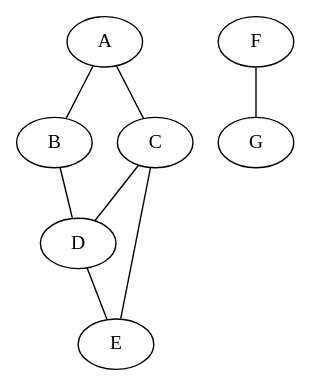
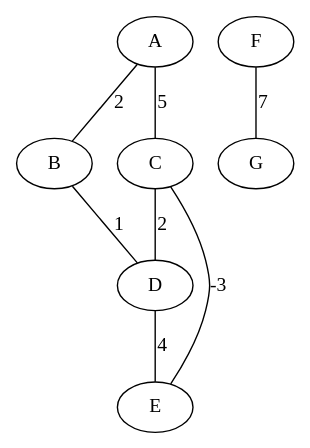
One commit to HtmLuc/trabalho2-grafos changed the diagram in src/main/resources/samples/undirected_graph.gv. Above: the diagram before and after it, drawn with Graphviz. The commit also changed 1 other file, not shown here.

```diff
--- a/src/main/resources/samples/undirected_graph.gv
+++ b/src/main/resources/samples/undirected_graph.gv
@@ -1,9 +1,9 @@
 graph G {
-    A -- B;
-    A -- C;
-    B -- D;
-    C -- D;
-    C -- E;
-    D -- E;
-    F -- G;
+    A -- B [weight=2,   label=2]
+    A -- C [weight=5, label=5]
+    B -- D [weight=1,   label=1]
+    C -- D [weight=2,   label=2]
+    C -- E [weight=-3,  label="-3"]
+    D -- E [weight=4,   label=4]
+    F -- G [weight=7,   label=7]
 }
```
